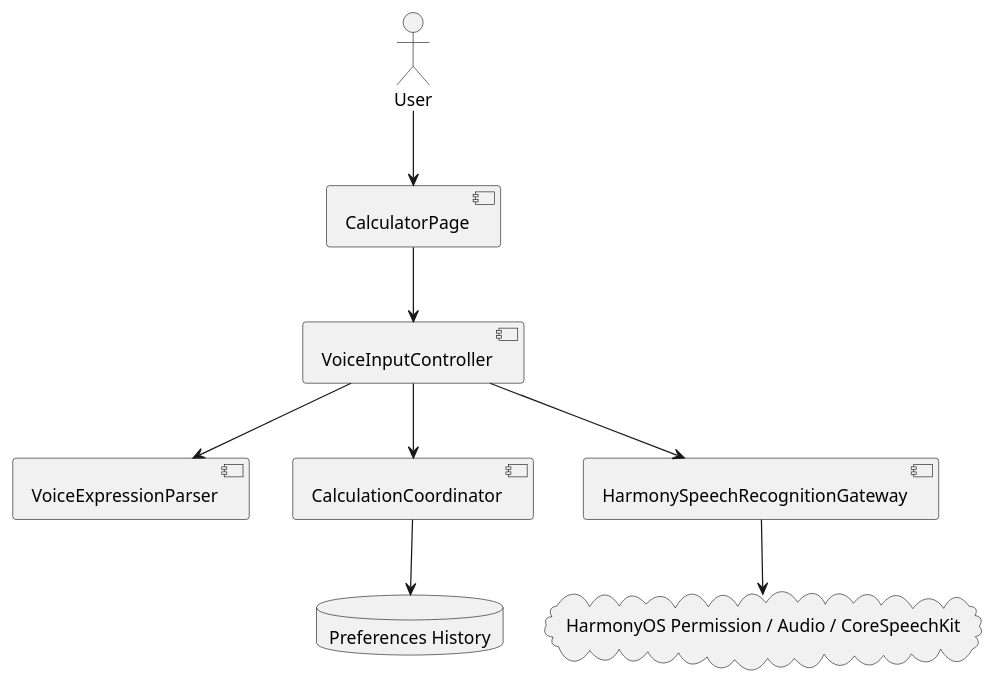
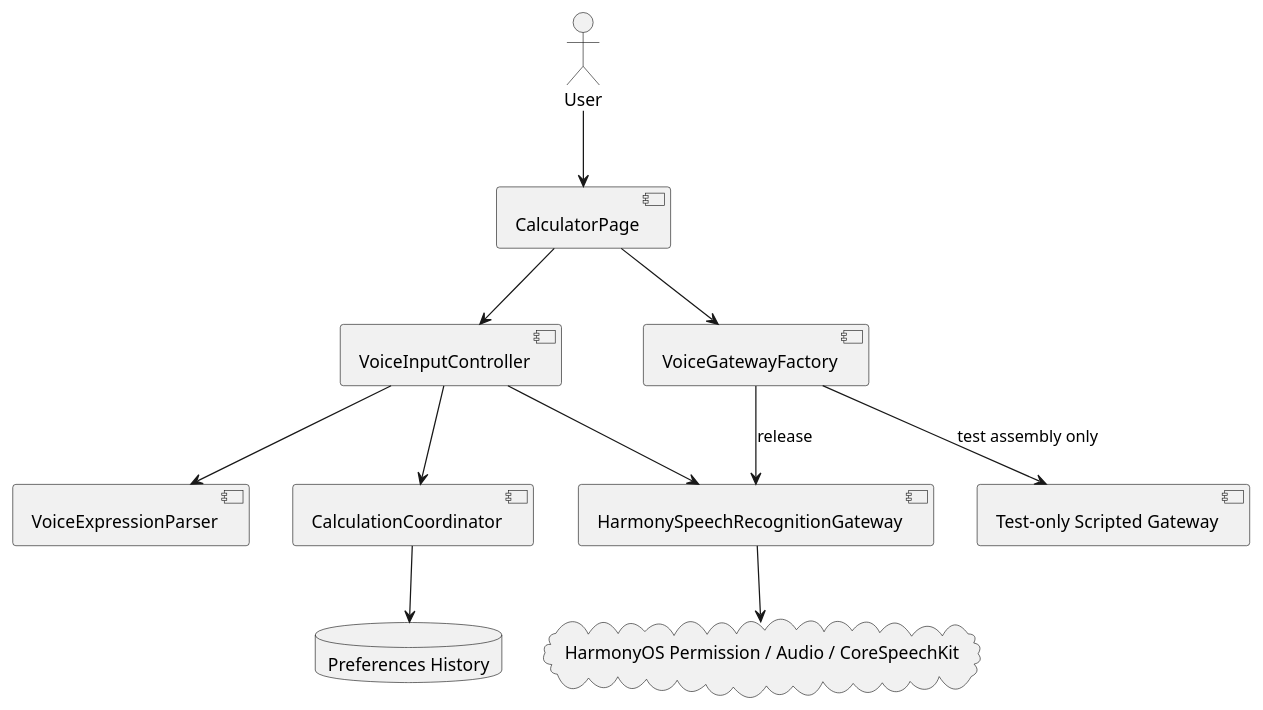
One commit to calculatorHuawei/agent_workflow changed the first of 5 diagrams in specs/changes/20261024-bugfix-chinese-voice-expression-input/delta-design.md. Above: the diagram before and after it, drawn with PlantUML. The commit also changed other lines of this file and 40 other files, not shown here.

Commit message:
fix(voice): add isolated device test harness

````diff
--- a/specs/changes/20261024-bugfix-chinese-voice-expression-input/delta-design.md
+++ b/specs/changes/20261024-bugfix-chinese-voice-expression-input/delta-design.md
@@ -39,19 +41,24 @@
 ```plantuml
 @startuml
 actor User
 component "CalculatorPage" as UI
 component "VoiceInputController" as VC
 component "VoiceExpressionParser" as Parser
 component "CalculationCoordinator" as Calc
 component "HarmonySpeechRecognitionGateway" as GW
+component "VoiceGatewayFactory" as Factory
+component "Test-only Scripted Gateway" as Scripted
 cloud "HarmonyOS Permission / Audio / CoreSpeechKit" as Platform
 database "Preferences History" as History
 User --> UI
 UI --> VC
+UI --> Factory
 VC --> GW
+Factory --> GW : release
+Factory --> Scripted : test assembly only
 GW --> Platform
 VC --> Parser
 VC --> Calc
 Calc --> History
 @enduml
 ```
````
